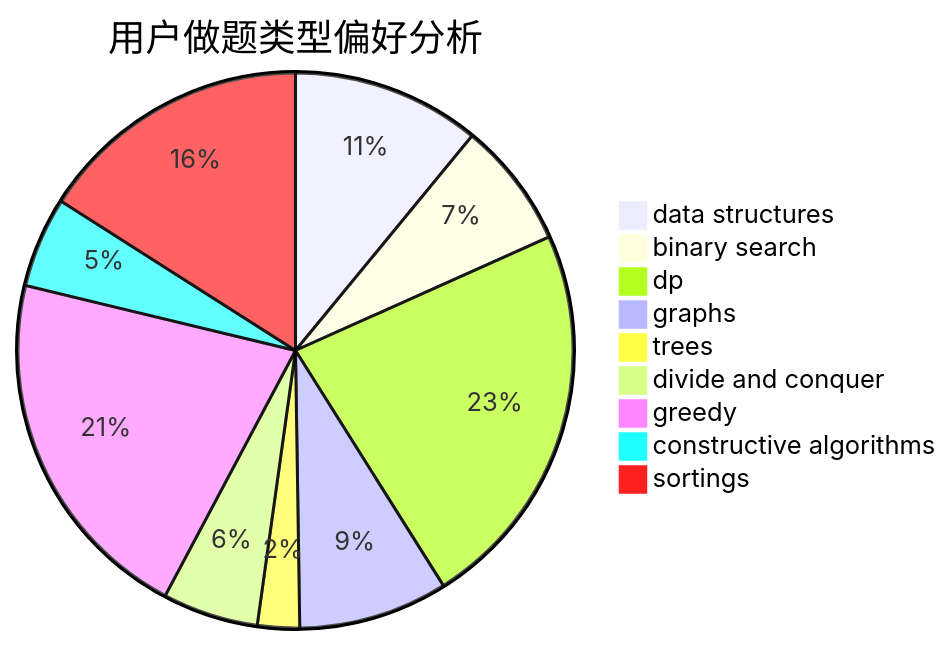
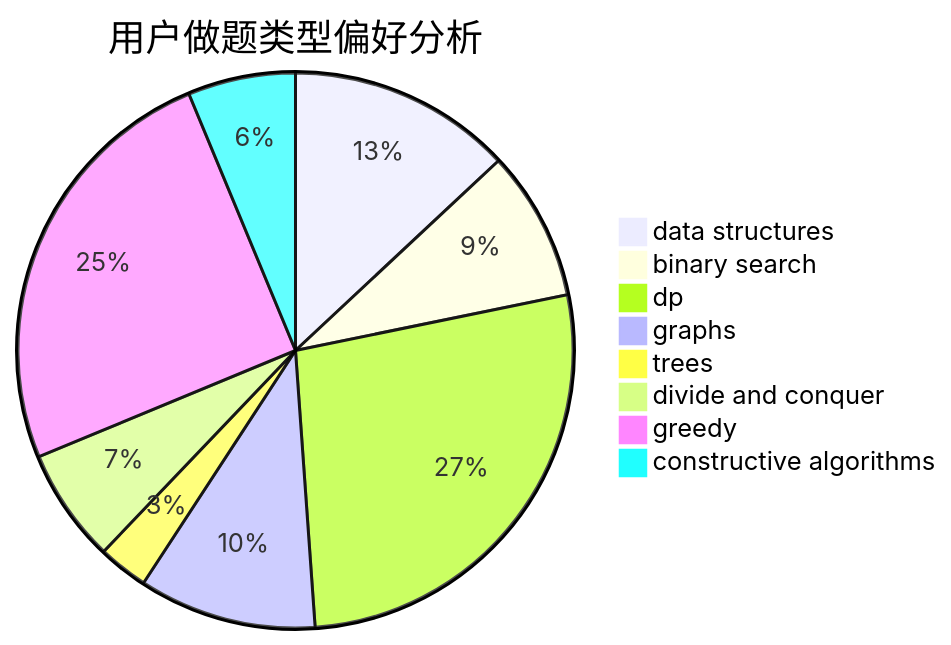
The second of 3 diagrams in docs/user/u1790.md (sherpahu/cfrs.github.io), drawn with Mermaid before and after one commit. The commit also changed other lines of this file and 2769 other files, not shown here.

````diff
--- a/docs/user/u1790.md
+++ b/docs/user/u1790.md
@@ -18,12 +18,11 @@
 ```mermaid
 pie title 用户做题类型偏好分析
     "data structures" :  179
     "binary search" :  120
     "dp" :  372
     "graphs" :  142
     "trees" :  40
     "divide and conquer" :  91
     "greedy" :  343
     "constructive algorithms" :  86
-    "sortings" :  261
 ```
````
